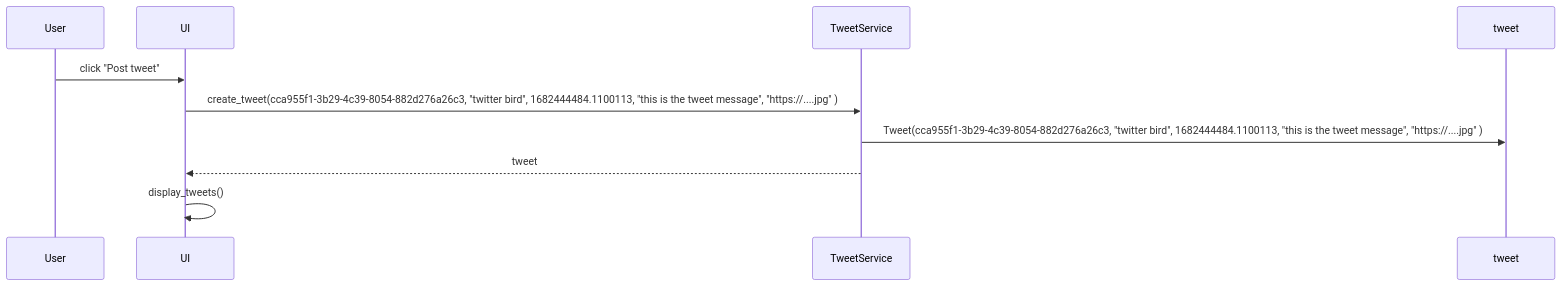
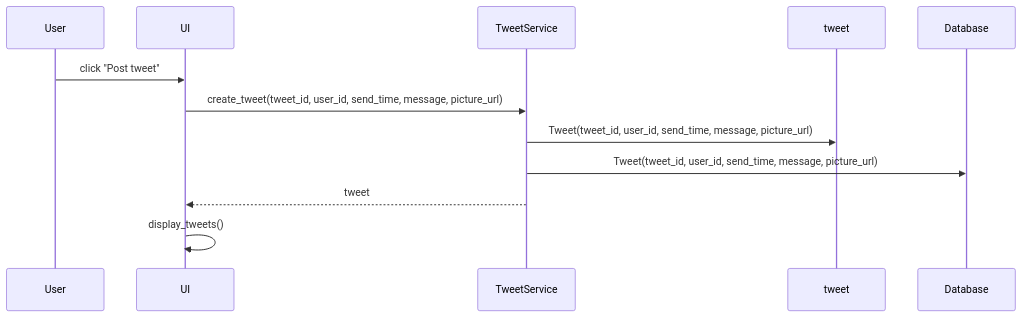
Before and after one commit to r-elsa/ot_harjoitusty-: the second of 2 diagrams in twitter_application/documentation/architecture.md, drawn with Mermaid. The commit also changed other lines of this file, not shown here.

````diff
--- a/twitter_application/documentation/architecture.md
+++ b/twitter_application/documentation/architecture.md
@@ -30,12 +48,14 @@
 ```mermaid
 sequenceDiagram
   participant User
   participant UI
   participant TweetService
   participant tweet
   User->>UI: click "Post tweet"
-  UI->>TweetService: create_tweet(cca955f1-3b29-4c39-8054-882d276a26c3, "twitter bird", 1682444484.1100113, "this is the tweet message", "https://....jpg"  )
-  TweetService->>tweet: Tweet(cca955f1-3b29-4c39-8054-882d276a26c3, "twitter bird", 1682444484.1100113, "this is the tweet message", "https://....jpg"  )
-  TweetService-->>UI: tweet 
+  UI ->> TweetService: create_tweet(tweet_id, user_id, send_time, message, picture_url)
+  TweetService ->> tweet: Tweet(tweet_id, user_id, send_time, message, picture_url)
+  TweetService ->> Database: Tweet(tweet_id, user_id, send_time, message, picture_url)
+  TweetService-->> UI: tweet 
   UI->> UI: display_tweets()
+
 ```
````
